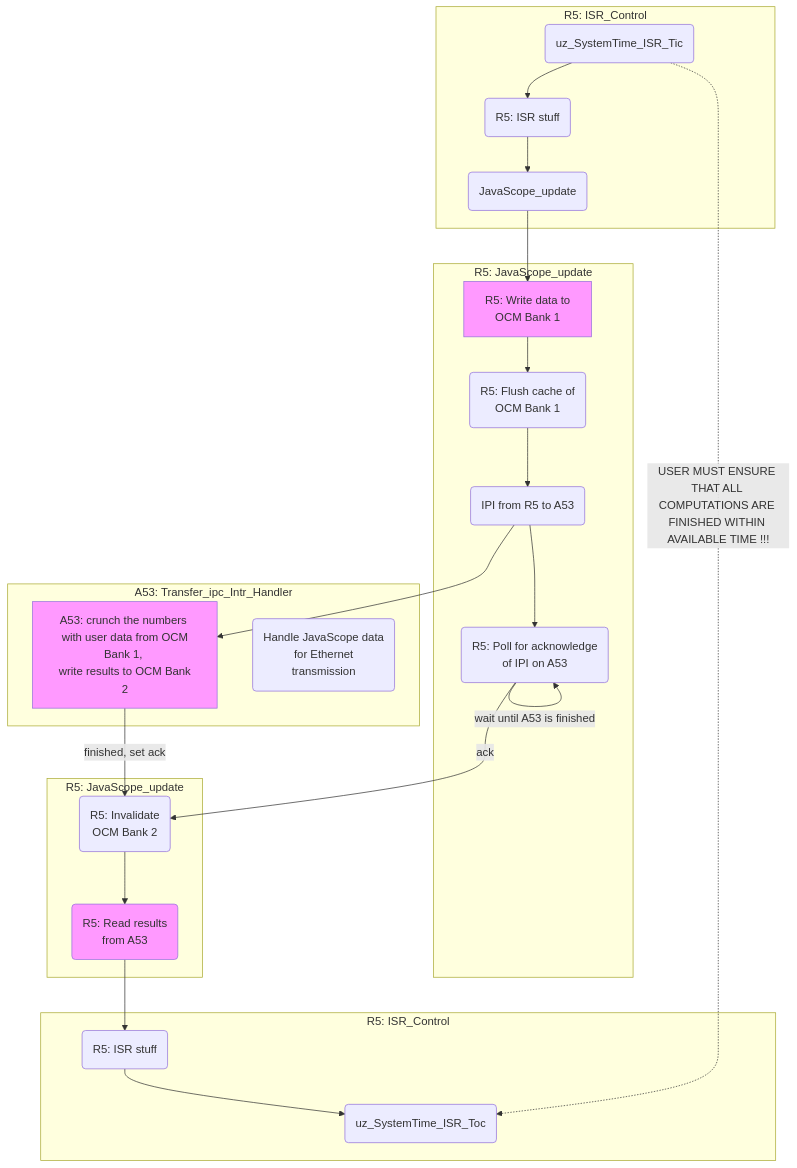
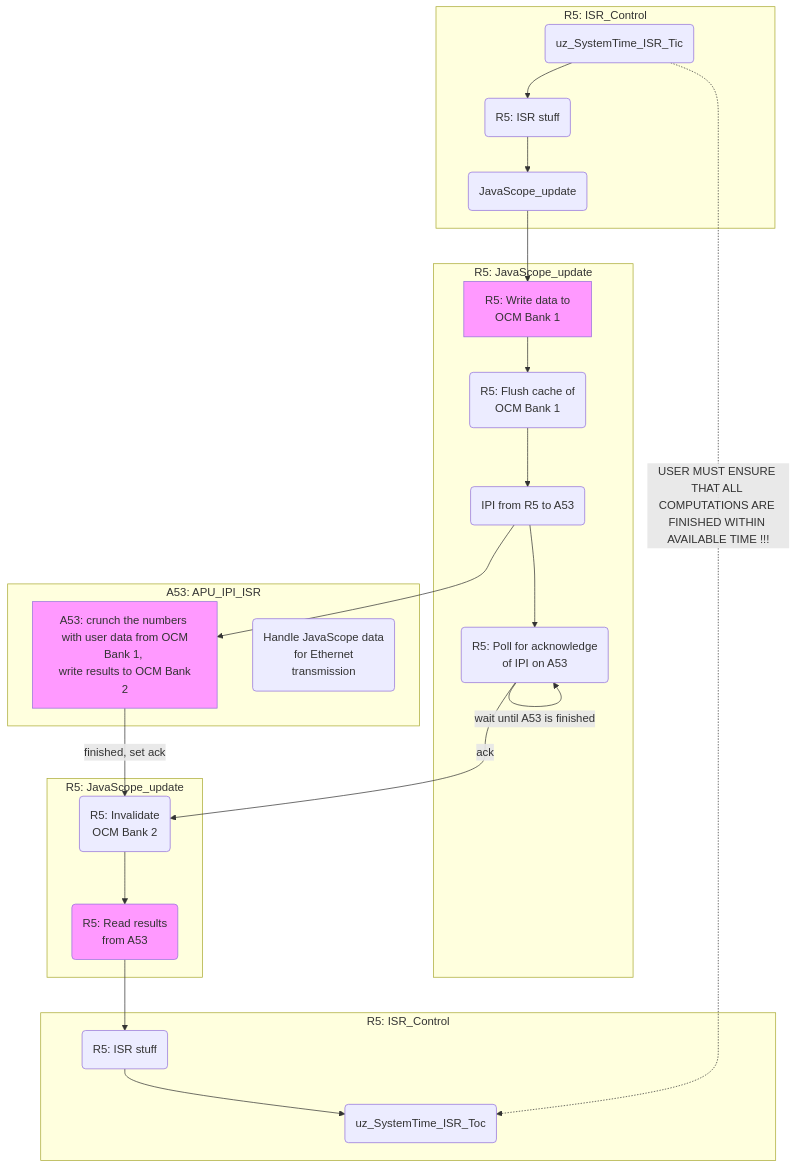
Before and after one commit to ultrazohm/ultrazohm_sw: the diagram in docs/source/guide/apu_software/a53_accelerator.rst, drawn with Mermaid. The commit also changed other lines of this file and 5 other files, not shown here.

Commit message:
rename Transfer_ipc_Intr_Handler -> APU_IPI_ISR

```diff
--- a/docs/source/guide/apu_software/a53_accelerator.rst
+++ b/docs/source/guide/apu_software/a53_accelerator.rst
@@ -19,32 +19,32 @@
 .. mermaid::
     :align: center
     :caption: Signal flow of A53 accelerator 
   
     flowchart TD
       subgraph R5: ISR_Control
           X(uz_SystemTime_ISR_Tic) -->Y(R5: ISR stuff) -->Z(JavaScope_update)
       end
           Z --> A
       subgraph R5: JavaScope_update
           A[R5: Write data to <br> OCM Bank 1] -->B(R5: Flush cache of <br> OCM Bank 1)
           style A fill:#f9f
           B --> C(IPI from R5 to A53)
           C -->E(R5: Poll for acknowledge <br> of IPI on A53)
       end
           E -->|wait until A53 is finished|E
           E --> |ack|G
-      subgraph A53: Transfer_ipc_Intr_Handler
+      subgraph A53: APU_IPI_ISR
           C --> F[A53: crunch the numbers <br> with user data from OCM Bank 1, <br> write results to OCM Bank 2]
           style F fill:#f9f
           W(Handle JavaScope data <br> for Ethernet <br> transmission)
       end
           F -->|finished, set ack| G(R5: Invalidate <br> OCM Bank 2)
       subgraph R5: JavaScope_update
           G --> H(R5: Read results <br> from A53)
           style H fill:#f9f
       end
       subgraph R5: ISR_Control
           H --> J(R5: ISR stuff)
           J --> K(uz_SystemTime_ISR_Toc)
        end
           X .-> |USER MUST ENSURE THAT ALL COMPUTATIONS ARE FINISHED WITHIN AVAILABLE TIME !!!|K	
```
